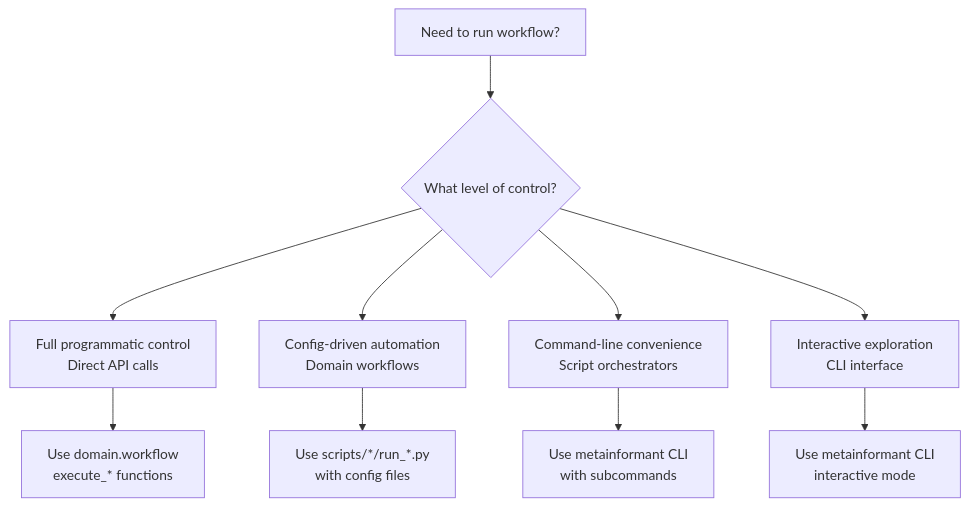
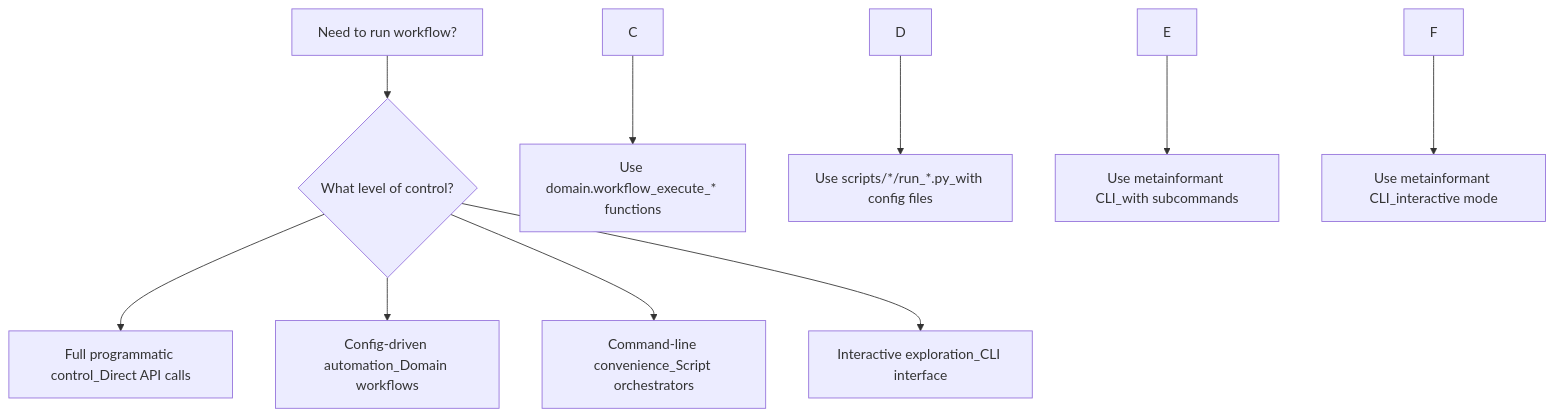
The second of 2 diagrams in docs/ORCHESTRATION.md (docxology/MetaInformAnt), drawn with Mermaid before and after one commit. The commit also changed other lines of this file and 611 other files, not shown here.

````diff
--- a/docs/ORCHESTRATION.md
+++ b/docs/ORCHESTRATION.md
@@ -44,13 +44,13 @@
 ```mermaid
 flowchart TD
-    A[Need to run workflow?] --> B{What level of control?}
-    B --> C[Full programmatic control<br/>Direct API calls]
-    B --> D[Config-driven automation<br/>Domain workflows]
-    B --> E[Command-line convenience<br/>Script orchestrators]
-    B --> F[Interactive exploration<br/>CLI interface]
+    AneedToRunWorkflow?[Need to run workflow?] --> B{What level of control?}
+    B --> CfullProgrammaticControlDirectApiCalls[Full programmatic control_Direct API calls]
+    B --> Dconfig-drivenAutomationDomainWorkflows[Config-driven automation_Domain workflows]
+    B --> Ecommand-lineConvenienceScriptOrchestrators[Command-line convenience_Script orchestrators]
+    B --> FinteractiveExplorationCliInterface[Interactive exploration_CLI interface]
 
-    C --> G[Use domain.workflow<br/>execute_* functions]
-    D --> H[Use scripts/*/run_*.py<br/>with config files]
-    E --> I[Use metainformant CLI<br/>with subcommands]
-    F --> J[Use metainformant CLI<br/>interactive mode]
+    C --> GuseDomain.workflowExecute*Functions[Use domain.workflow_execute_* functions]
+    D --> HuseScripts/*/run*.pyWithConfigFiles[Use scripts/*/run_*.py_with config files]
+    E --> IuseMetainformantCliWithSubcommands[Use metainformant CLI_with subcommands]
+    F --> JuseMetainformantCliInteractiveMode[Use metainformant CLI_interactive mode]
 ```
````
